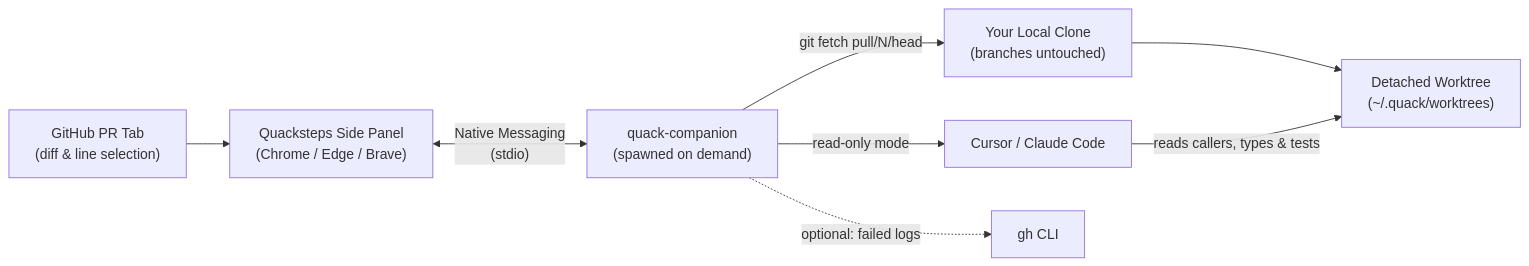
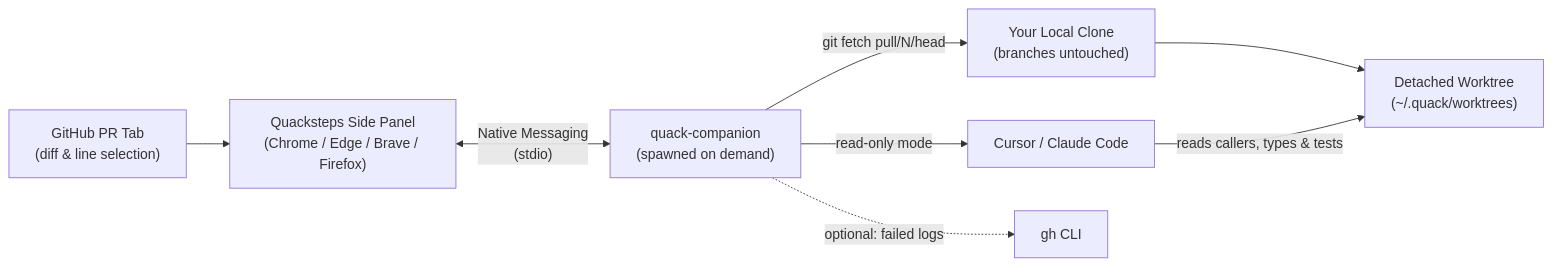
Before and after one commit to oicramps/quack: the diagram in README.md, drawn with Mermaid. The commit also changed other lines of this file and 17 other files, not shown here.

````diff
--- a/README.md
+++ b/README.md
@@ -7,10 +7,10 @@
 ```mermaid
 flowchart LR
-  GH["GitHub PR Tab<br/>(diff & line selection)"] --> EXT["Quacksteps Side Panel<br/>(Chrome / Edge / Brave)"]
+  GH["GitHub PR Tab<br/>(diff & line selection)"] --> EXT["Quacksteps Side Panel<br/>(Chrome / Edge / Brave / Firefox)"]
   EXT <-->|"Native Messaging<br/>(stdio)"| COMP["quack-companion<br/>(spawned on demand)"]
   COMP -->|"git fetch pull/N/head"| CLONE["Your Local Clone<br/>(branches untouched)"]
   CLONE --> WT["Detached Worktree<br/>(~/.quack/worktrees)"]
   COMP -->|"read-only mode"| AI["Cursor / Claude Code"]
   AI -->|"reads callers, types & tests"| WT
   COMP -.->|"optional: failed logs"| GHCLI["gh CLI"]
 ```
````
